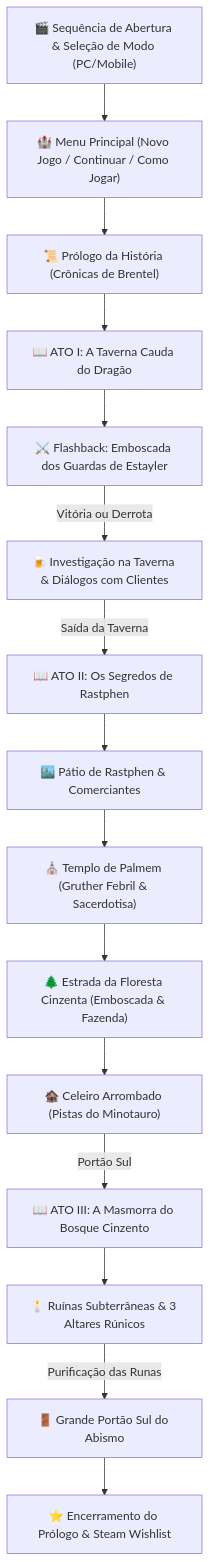
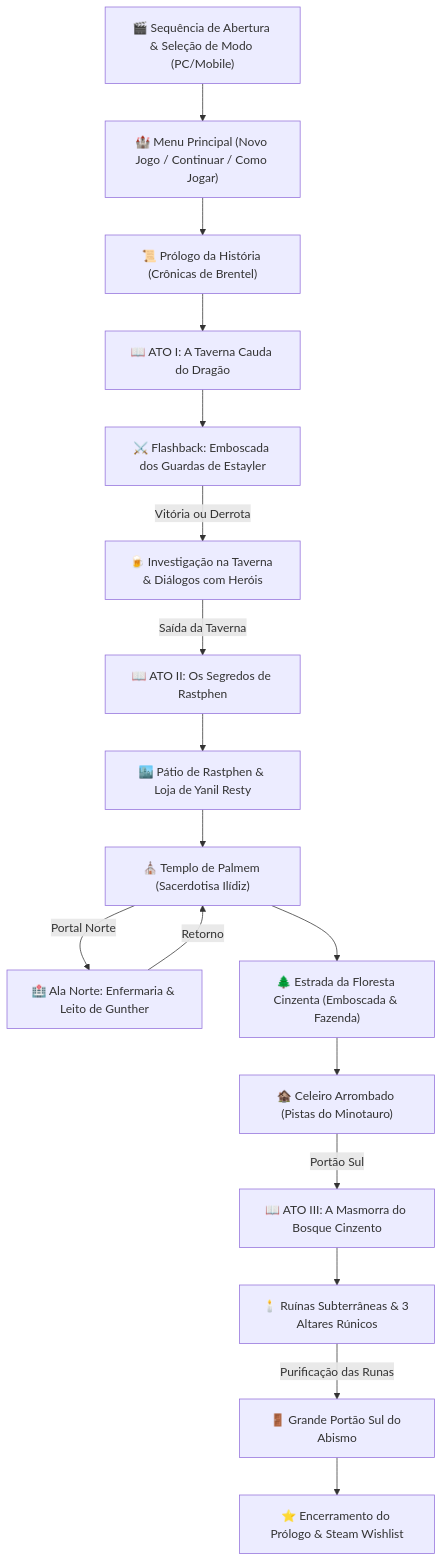
The diagram in README.md (ojoesevero/sombras-de-brentel-prologue), drawn with Mermaid before and after one commit. The commit also changed other lines of this file, not shown here.

````diff
--- a/README.md
+++ b/README.md
@@ -114,20 +133,22 @@
 ```mermaid
 flowchart TD
     Intro["🎬 Sequência de Abertura & Seleção de Modo (PC/Mobile)"] --> Menu["🏰 Menu Principal (Novo Jogo / Continuar / Como Jogar)"]
     Menu --> LoreIntro["📜 Prólogo da História (Crônicas de Brentel)"]
     LoreIntro --> AtoI["📖 ATO I: A Taverna Cauda do Dragão"]
     
     AtoI --> Flashback["⚔️ Flashback: Emboscada dos Guardas de Estayler"]
-    Flashback -->|Vitória ou Derrota| RetornoTaverna["🍺 Investigação na Taverna & Diálogos com Clientes"]
+    Flashback -->|Vitória ou Derrota| RetornoTaverna["🍺 Investigação na Taverna & Diálogos com Heróis"]
     RetornoTaverna -->|Saída da Taverna| AtoII["📖 ATO II: Os Segredos de Rastphen"]
     
-    AtoII --> Cidade["🏙️ Pátio de Rastphen & Comerciantes"]
-    Cidade --> Templo["⛪ Templo de Palmem (Gruther Febril & Sacerdotisa)"]
+    AtoII --> Cidade["🏙️ Pátio de Rastphen & Loja de Yanil Resty"]
+    Cidade --> Templo["⛪ Templo de Palmem (Sacerdotisa Ilídiz)"]
+    Templo -->|Portal Norte| AlaNorte["🏥 Ala Norte: Enfermaria & Leito de Gunther"]
+    AlaNorte -->|Retorno| Templo
     Templo --> Estrada["🌲 Estrada da Floresta Cinzenta (Emboscada & Fazenda)"]
     Estrada --> Fazenda["🏚️ Celeiro Arrombado (Pistas do Minotauro)"]
     Fazenda -->|Portão Sul| AtoIII["📖 ATO III: A Masmorra do Bosque Cinzento"]
     
     AtoIII --> Masmorra["🕯️ Ruínas Subterrâneas & 3 Altares Rúnicos"]
     Masmorra -->|Purificação das Runas| BossGate["🚪 Grande Portão Sul do Abismo"]
     BossGate --> Encerramento["⭐ Encerramento do Prólogo & Steam Wishlist"]
 ```
````
